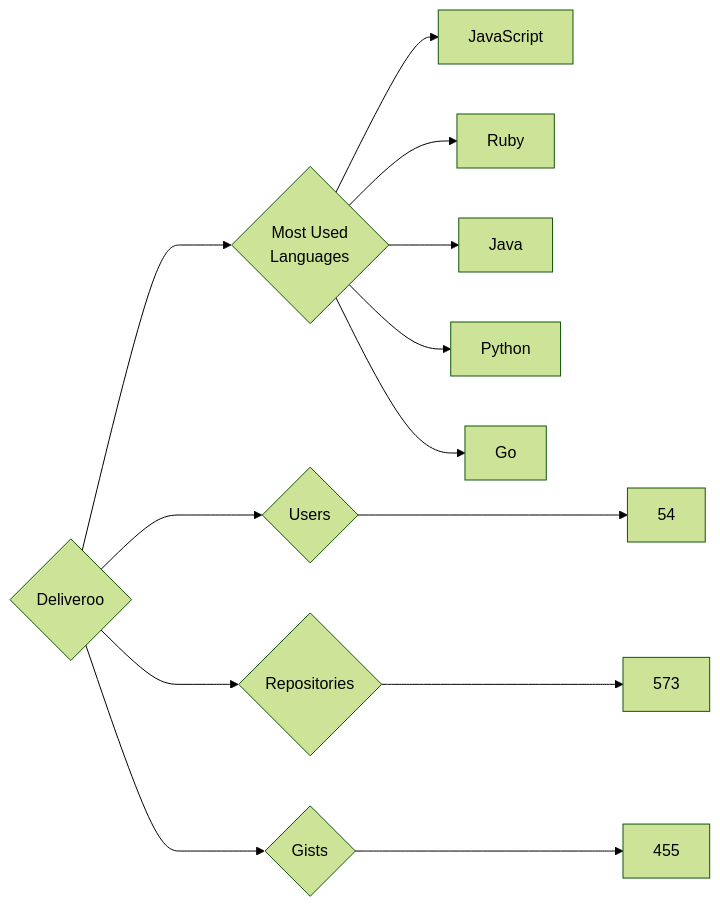
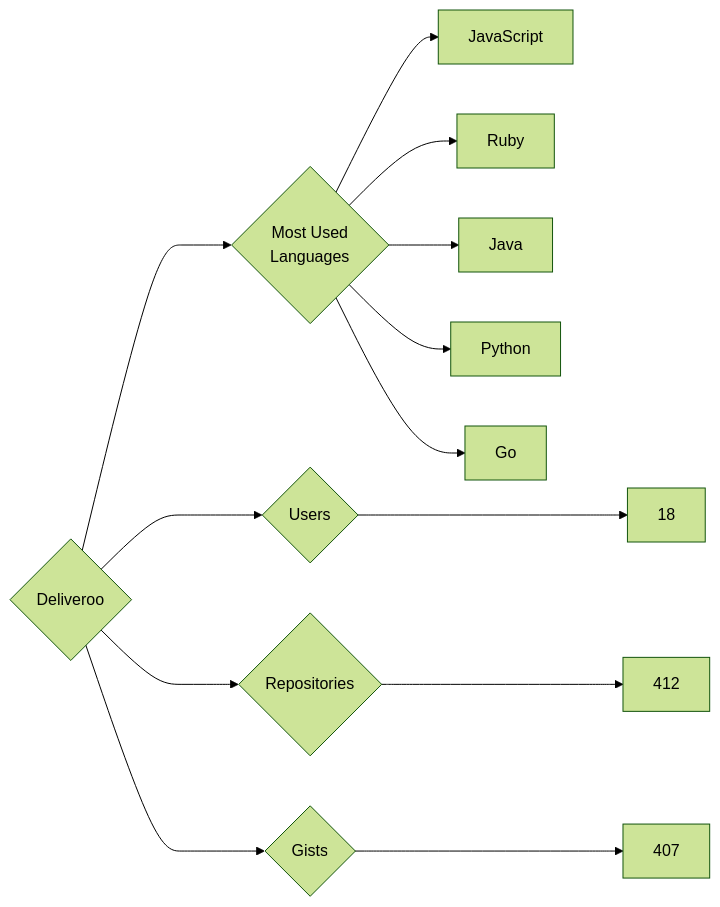
Before and after one commit to trickest/insiders: the diagram in targets/Deliveroo/README.md, drawn with Mermaid (forest theme). The commit also changed 932 other files, not shown here.

````diff
--- a/targets/Deliveroo/README.md
+++ b/targets/Deliveroo/README.md
@@ -3,13 +3,13 @@
 ```mermaid
 graph LR
 COMPANY_NAME{Deliveroo}
-COMPANY_NAME ---> U{Users} ---> UN[54]
-COMPANY_NAME ---> R{Repositories} ---> RN[573]
-COMPANY_NAME ---> G{Gists} ---> GN[455]
+COMPANY_NAME ---> U{Users} ---> UN[18]
+COMPANY_NAME ---> R{Repositories} ---> RN[412]
+COMPANY_NAME ---> G{Gists} ---> GN[407]
 COMPANY_NAME ---> ML{Most Used<br>Languages}
 ML --> JavaScript[JavaScript]
 ML --> Ruby[Ruby]
 ML --> Java[Java]
 ML --> Python[Python]
 ML --> Go[Go]
 ```
````
